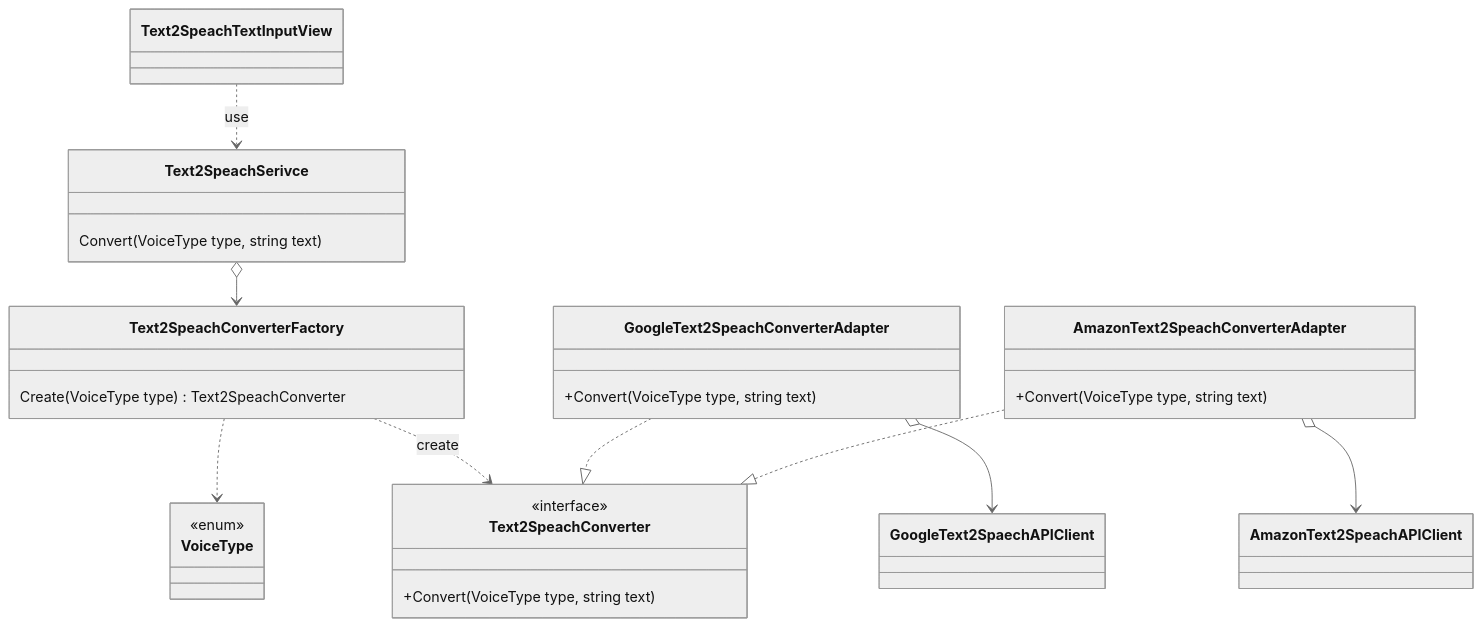
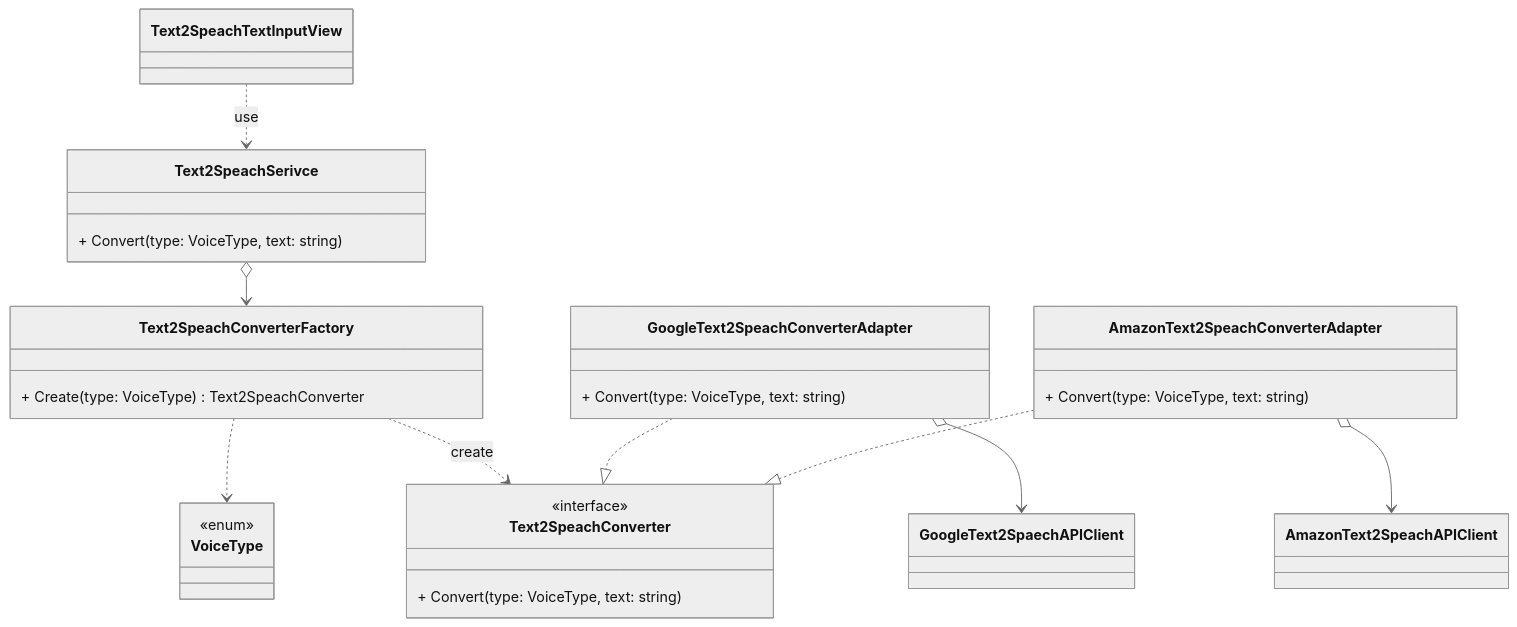
The diagram in exam/Schemas/T2S.md (555Jeka555/OOD-labs), drawn with Mermaid (neutral theme) before and after one commit. The commit also changed 1 other file, not shown here.

Commit message:
Добавил схему AudioConverter

````diff
--- a/exam/Schemas/T2S.md
+++ b/exam/Schemas/T2S.md
@@ -1,53 +1,51 @@
 ```mermaid
 classDiagram
-direction TB
-
     class Text2SpeachTextInputView {
 
     }
 
     class VoiceType {
         <<enum>>
     }
 
     Text2SpeachTextInputView ..> Text2SpeachSerivce: use
 
     class Text2SpeachSerivce {
-        Convert(VoiceType type, string text)
+        + Convert(type: VoiceType, text: string)
     }
 
     Text2SpeachSerivce o--> Text2SpeachConverterFactory
 
     class Text2SpeachConverterFactory {
-        Create(VoiceType type) Text2SpeachConverter
+        + Create(type: VoiceType) Text2SpeachConverter
     }
 
     Text2SpeachConverterFactory ..> VoiceType
     Text2SpeachConverterFactory ..> Text2SpeachConverter: create
 
     class GoogleText2SpeachConverterAdapter {
-        +Convert(VoiceType type, string text)
+        + Convert(type: VoiceType, text: string)
     }
 
     class AmazonText2SpeachConverterAdapter {
-        +Convert(VoiceType type, string text)
+        + Convert(type: VoiceType, text: string)
     }
 
     class GoogleText2SpaechAPIClient {
     }
 
     class AmazonText2SpeachAPIClient {
     }
 
     class Text2SpeachConverter {
-        +Convert(VoiceType type, string text)
+        + Convert(type: VoiceType, text: string)
     }
 
   <<interface>> Text2SpeachConverter
 
     GoogleText2SpeachConverterAdapter ..|> Text2SpeachConverter
     AmazonText2SpeachConverterAdapter ..|> Text2SpeachConverter
     GoogleText2SpeachConverterAdapter o--> GoogleText2SpaechAPIClient
     AmazonText2SpeachConverterAdapter o--> AmazonText2SpeachAPIClient
 
 ```
````
